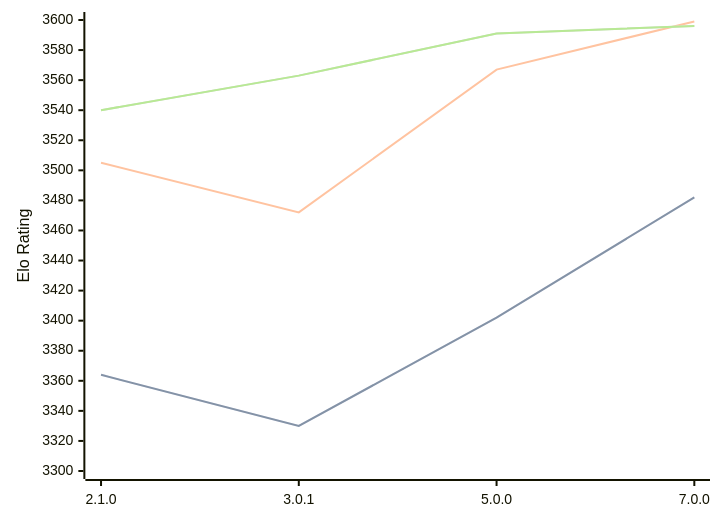
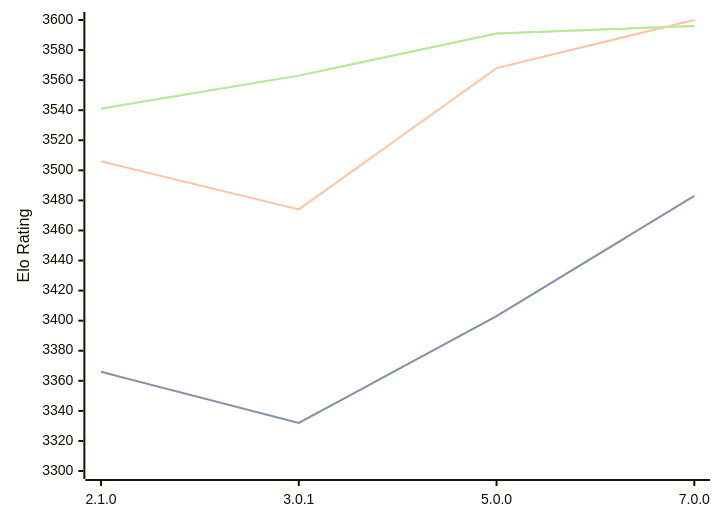
The diagram in engines/PlentyChess.md (computer-chess-index/cci), drawn with Mermaid before and after one commit. The commit also changed other lines of this file, not shown here.

Commit message:
Update CCI Ratings (ELO VLTC) - 2026-04-22

````diff
--- a/engines/PlentyChess.md
+++ b/engines/PlentyChess.md
@@ -45,11 +45,11 @@
 ```mermaid
 %%{init: {"theme":"base","themeVariables":{"seriesColors:['#a3a3a3','#222221','#faa371']}}}%%
 xychart-beta
   x-axis ["2.1.0", "3.0.1", "5.0.0", "7.0.0"]
   y-axis "Elo Rating" 3300 --> 3600
-  line "STC (8.0+0.08s)" [3364, 3330, 3402, 3482]
-  line "STC (8.0+0.08s)" [3364, 3330, 3402, 3482]
-  line "LTC (60.0+0.60s)" [3505, 3472, 3567, 3599]
-  line "VLTC (2m24s+1.12s)" [3540, 3563, 3591, 3596]
-  line "VLTC (2m24s+1.12s)" [3540, 3563, 3591, 3596]
+  line "STC (8.0+0.08s)" [3366, 3332, 3403, 3483]
+  line "STC (8.0+0.08s)" [3366, 3332, 3403, 3483]
+  line "LTC (60.0+0.60s)" [3506, 3474, 3568, 3600]
+  line "VLTC (2m24s+1.12s)" [3541, 3563, 3591, 3596]
+  line "VLTC (2m24s+1.12s)" [3541, 3563, 3591, 3596]
 ```
````
